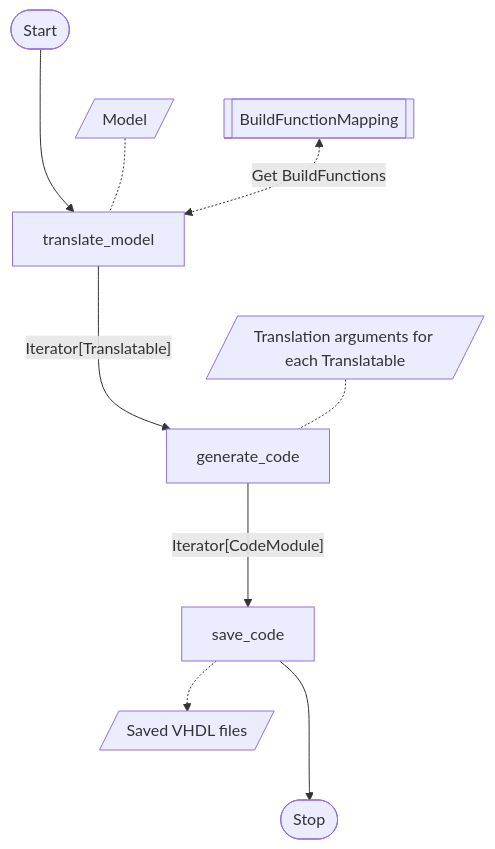
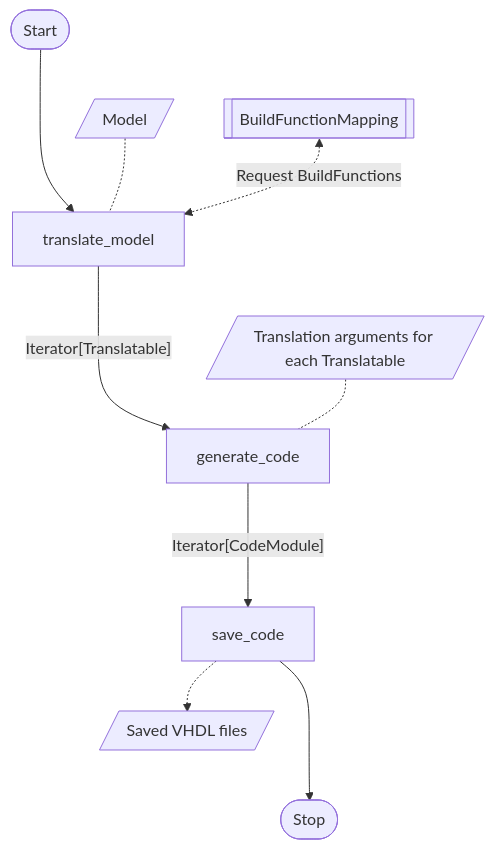
Before and after one commit to es-ude/elastic-ai.creator: the third of 3 diagrams in README.md, drawn with Mermaid. The commit also changed other lines of this file, not shown here.

````diff
--- a/README.md
+++ b/README.md
@@ -136,11 +138,11 @@
 ```mermaid
 flowchart TD
 start([Start]) ---> translate_model
 translate_model ---> |"Iterator[Translatable]"| generate_code
 generate_code ---> |"Iterator[CodeModule]"| save_code
 save_code ---> stop([Stop])
 model[/Model/] -.- translate_model
-build_function_mapping[[BuildFunctionMapping]] <-.-> |Get BuildFunctions| translate_model
+build_function_mapping[[BuildFunctionMapping]] <-.-> |Request BuildFunctions| translate_model
 translation_args[/Translation arguments for each Translatable/] -.- generate_code
 save_code -.-> saved_data[/Saved VHDL files/]
 ```
````
